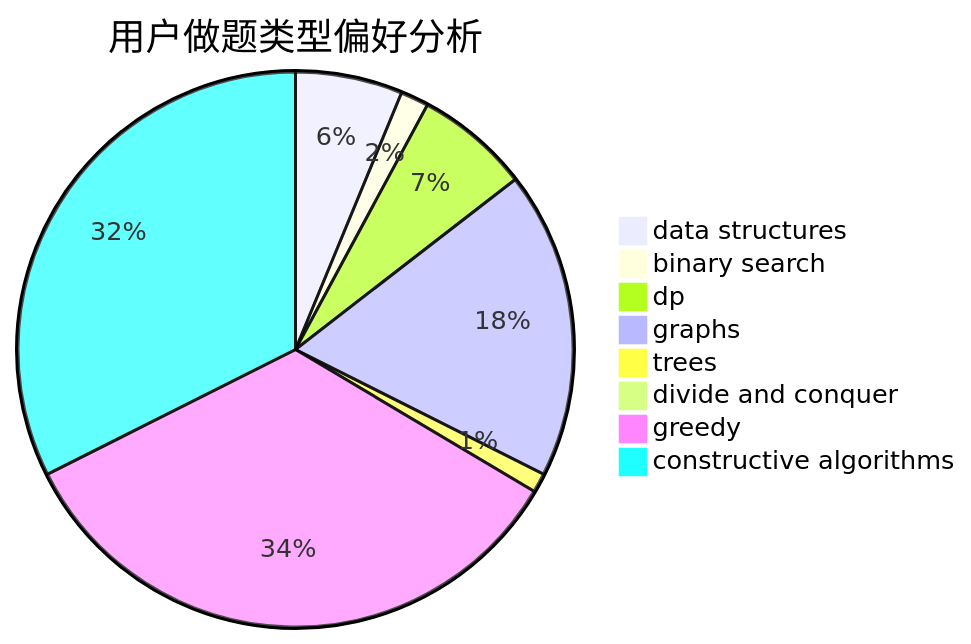
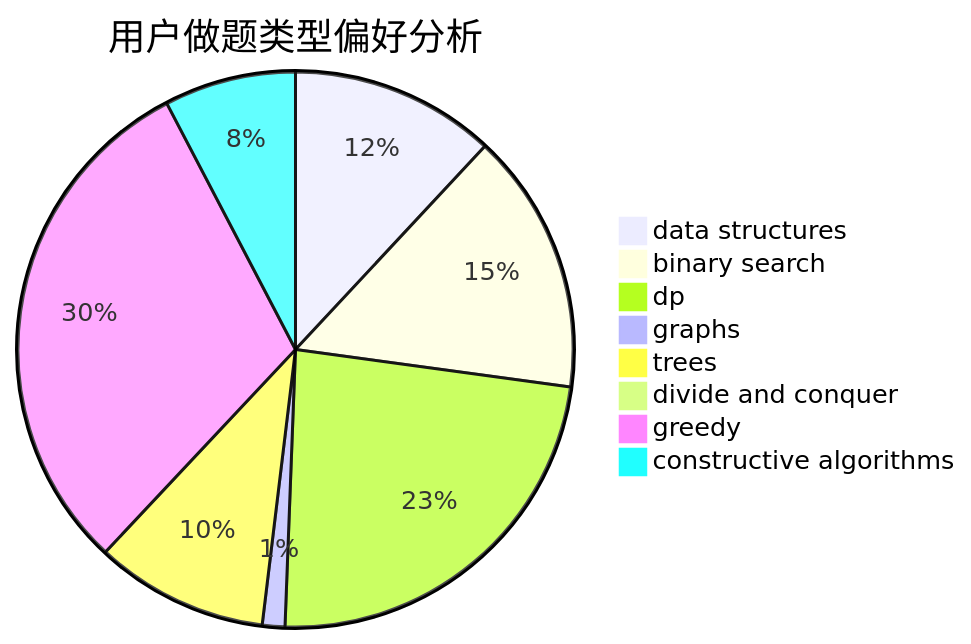
One commit to sherpahu/cfrs.github.io changed the second of 3 diagrams in docs/user/u145.md. Above: the diagram before and after it, drawn with Mermaid. The commit also changed other lines of this file and 2770 other files, not shown here.

````diff
--- a/docs/user/u145.md
+++ b/docs/user/u145.md
@@ -23,11 +23,11 @@
 ```mermaid
 pie title 用户做题类型偏好分析
-    "data structures" :  61
-    "binary search" :  16
-    "dp" :  65
-    "graphs" :  175
-    "trees" :  11
-    "divide and conquer" :  1
-    "greedy" :  333
-    "constructive algorithms" :  317
+    "data structures" :  109
+    "binary search" :  139
+    "dp" :  214
+    "graphs" :  12
+    "trees" :  92
+    "divide and conquer" :  4
+    "greedy" :  277
+    "constructive algorithms" :  70
 ```
````
